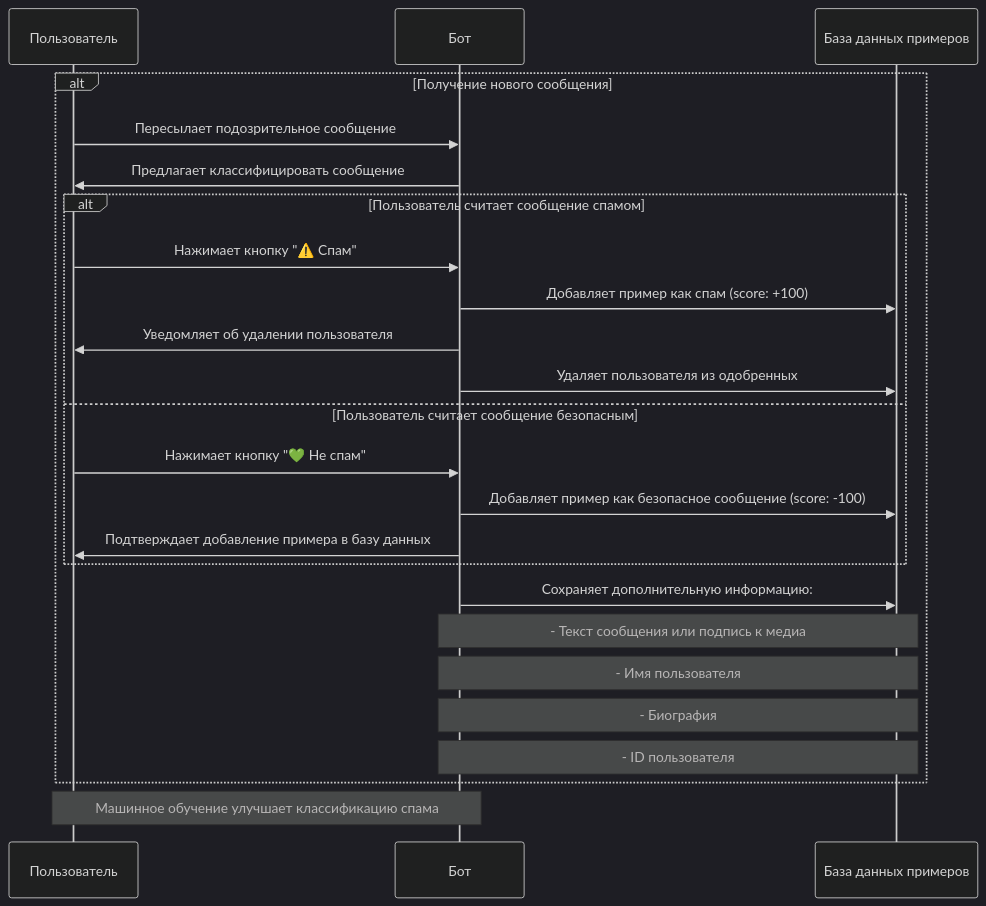
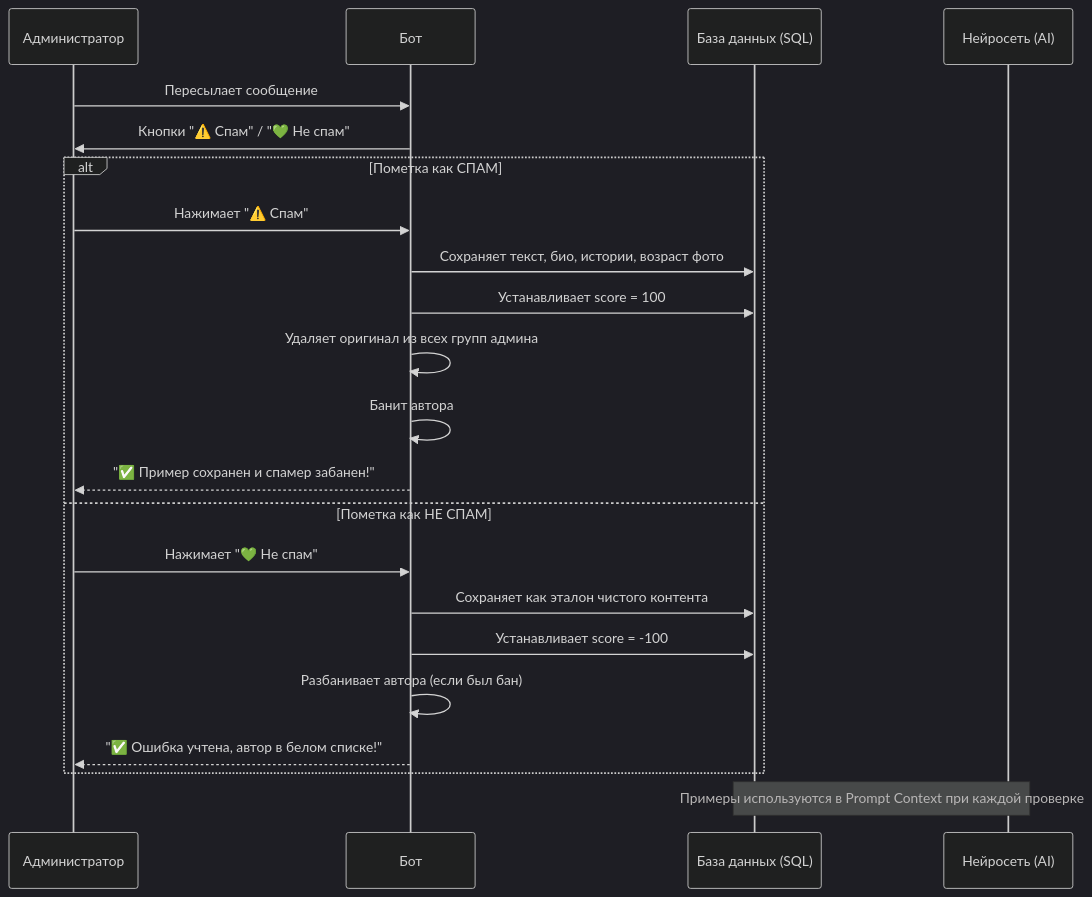
Before and after one commit to leshchenko1979/tg_ai_blocker: the diagram in PRD.md, drawn with Mermaid (dark theme). The commit also changed other lines of this file, not shown here.

````diff
--- a/PRD.md
+++ b/PRD.md
@@ -116,26 +131,27 @@
 ```mermaid
 sequenceDiagram
-participant User as Пользователь
-participant Bot as Бот
-participant Database as База данных примеров
-alt Получение нового сообщения
-User->>Bot: Пересылает подозрительное сообщение
-Bot->>User: Предлагает классифицировать сообщение
-alt Пользователь считает сообщение спамом
-User->>Bot: Нажимает кнопку "⚠️ Спам"
-Bot->>Database: Добавляет пример как спам (score: +100)
-Bot->>User: Уведомляет об удалении пользователя
-Bot->>Database: Удаляет пользователя из одобренных
-else Пользователь считает сообщение безопасным
-User->>Bot: Нажимает кнопку "💚 Не спам"
-Bot->>Database: Добавляет пример как безопасное сообщение (score: -100)
-Bot->>User: Подтверждает добавление примера в базу данных
-end
-Bot->>Database: Сохраняет дополнительную информацию:
-Note over Bot,Database: - Текст сообщения или подпись к медиа
-Note over Bot,Database: - Имя пользователя
-Note over Bot,Database: - Биография
-Note over Bot,Database: - ID пользователя
-end
-Note over User,Bot: Машинное обучение улучшает классификацию спама
+    participant Admin as Администратор
+    participant Bot as Бот
+    participant DB as База данных (SQL)
+    participant LLM as Нейросеть (AI)
+
+    Admin->>Bot: Пересылает сообщение
+    Bot->>Admin: Кнопки "⚠️ Спам" / "💚 Не спам"
+
+    alt Пометка как СПАМ
+        Admin->>Bot: Нажимает "⚠️ Спам"
+        Bot->>DB: Сохраняет текст, био, истории, возраст фото
+        Bot->>DB: Устанавливает score = 100
+        Bot->>Bot: Удаляет оригинал из всех групп админа
+        Bot->>Bot: Банит автора
+        Bot-->>Admin: "✅ Пример сохранен и спамер забанен!"
+    else Пометка как НЕ СПАМ
+        Admin->>Bot: Нажимает "💚 Не спам"
+        Bot->>DB: Сохраняет как эталон чистого контента
+        Bot->>DB: Устанавливает score = -100
+        Bot->>Bot: Разбанивает автора (если был бан)
+        Bot-->>Admin: "✅ Ошибка учтена, автор в белом списке!"
+    end
+
+    Note over DB,LLM: Примеры используются в Prompt Context при каждой проверке
 ```
````
